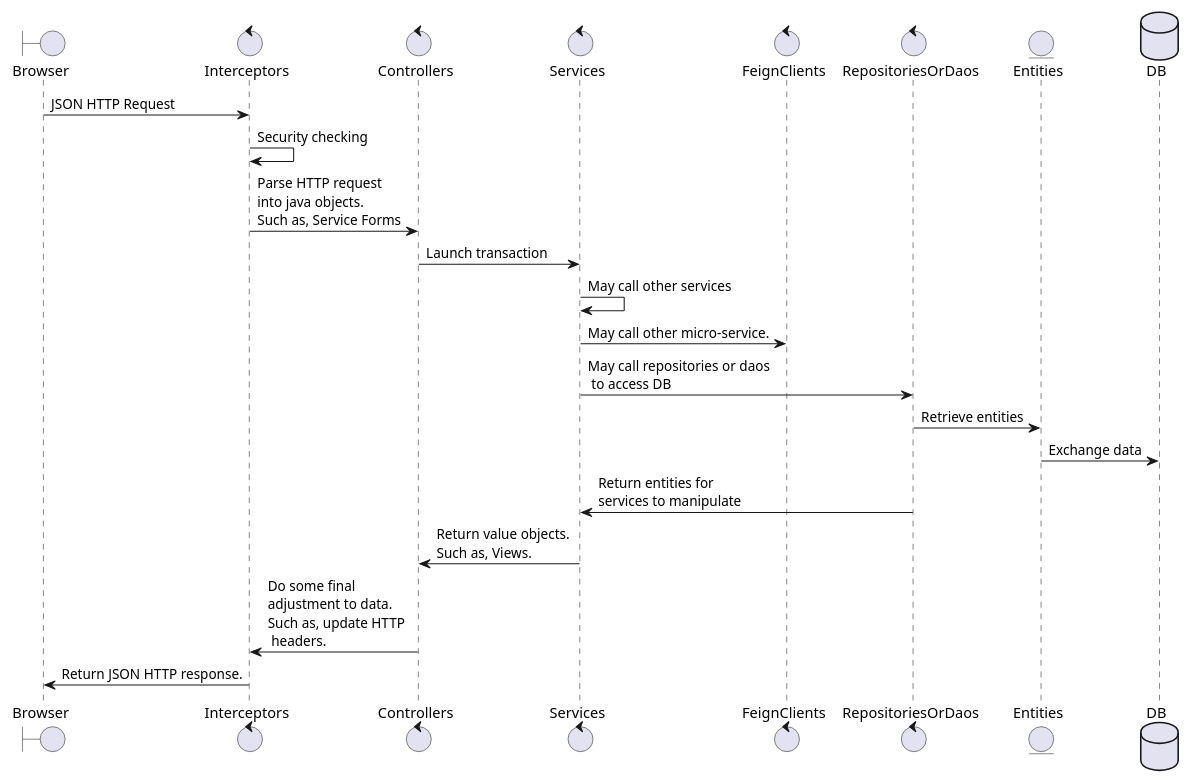
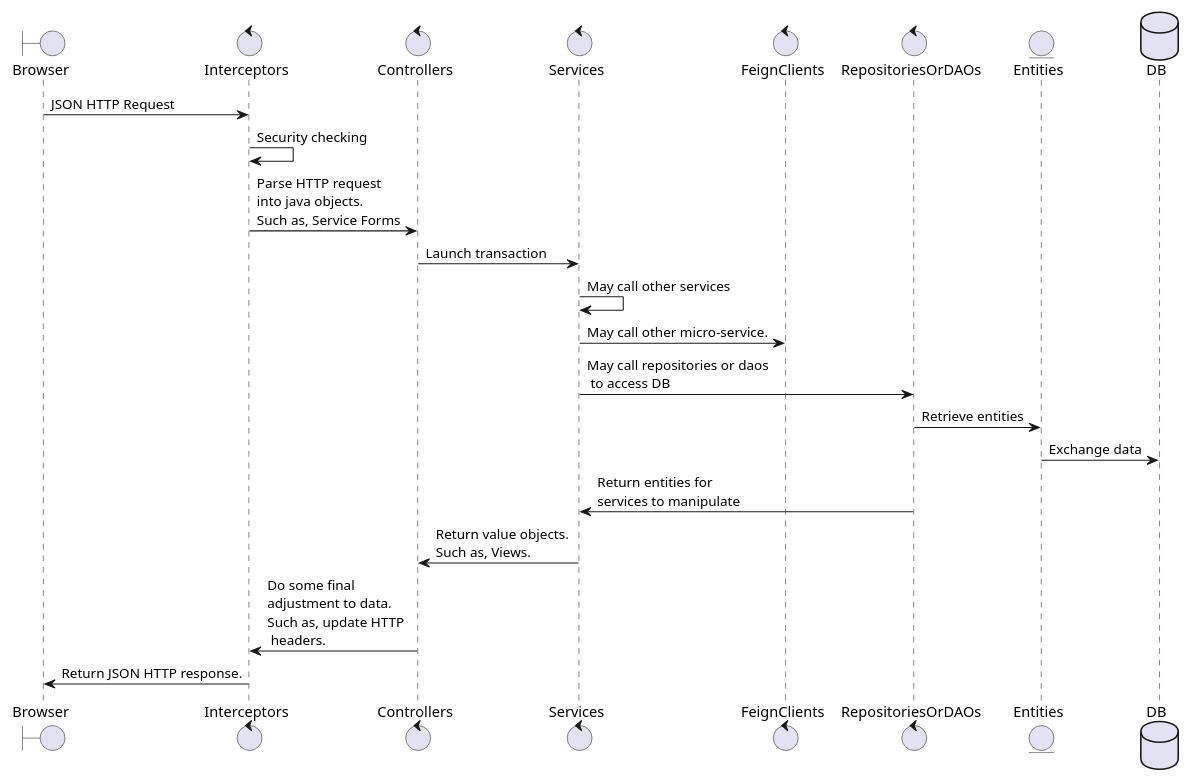
One commit to catkeeper1/msdemo-documents changed the diagram in src/main/resources/markdown/programming_guide/components_seq.puml. Above: the diagram before and after it, drawn with PlantUML. The commit also changed 8 other files, not shown here.

```diff
--- a/src/main/resources/markdown/programming_guide/components_seq.puml
+++ b/src/main/resources/markdown/programming_guide/components_seq.puml
@@ -1,28 +1,28 @@
 @startuml
 
 scale max 1024 width
 
 boundary Browser
 control Interceptors
 control Controllers
 control Services
 control FeignClients
-control RepositoriesOrDaos
+control RepositoriesOrDAOs
 entity Entities
 database DB
 
 Browser -> Interceptors : JSON HTTP Request
 Interceptors -> Interceptors : Security checking
 Interceptors -> Controllers : Parse HTTP request \ninto java objects. \nSuch as, Service Forms
 Controllers -> Services : Launch transaction
 Services -> Services : May call other services
 Services -> FeignClients: May call other micro-service.
-Services -> RepositoriesOrDaos : May call repositories or daos\n to access DB
-RepositoriesOrDaos -> Entities : Retrieve entities
+Services -> RepositoriesOrDAOs : May call repositories or daos\n to access DB
+RepositoriesOrDAOs -> Entities : Retrieve entities
 Entities -> DB : Exchange data
-RepositoriesOrDaos -> Services : Return entities for \nservices to manipulate
+RepositoriesOrDAOs -> Services : Return entities for \nservices to manipulate
 Services -> Controllers : Return value objects. \nSuch as, Views.
 Controllers -> Interceptors : Do some final \nadjustment to data. \nSuch as, update HTTP\n headers.
 Interceptors -> Browser: Return JSON HTTP response.
 
 @enduml
```
